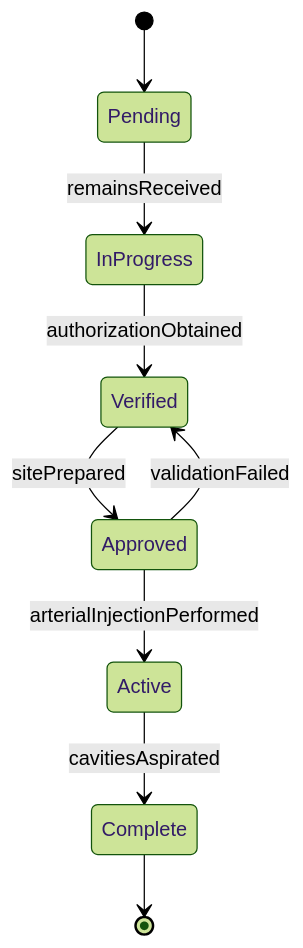
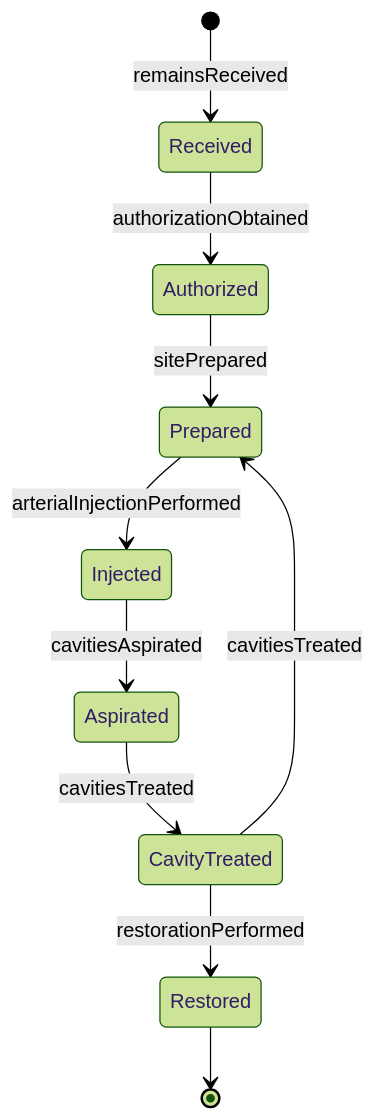
The second of 4 diagrams in HandlingAndMovingObjects/EmbalmCorpses/EmbalmCorpses.mdx (dot-org-ai/tasks.org.ai), drawn with Mermaid (forest theme) before and after one commit. The commit also changed other lines of this file and 515 other files, not shown here.

````diff
--- a/HandlingAndMovingObjects/EmbalmCorpses/EmbalmCorpses.mdx
+++ b/HandlingAndMovingObjects/EmbalmCorpses/EmbalmCorpses.mdx
@@ -99,11 +100,12 @@
 ```mermaid
 stateDiagram-v2
-    [*] --> Pending
-    Pending --> InProgress : remainsReceived
-    InProgress --> Verified : authorizationObtained
-    Verified --> Approved : sitePrepared
-    Approved --> Active : arterialInjectionPerformed
-    Active --> Complete : cavitiesAspirated
-    Approved --> Verified : validationFailed
-    Complete --> [*]
+    [*] --> Received : remainsReceived
+    Received --> Authorized : authorizationObtained
+    Authorized --> Prepared : sitePrepared
+    Prepared --> Injected : arterialInjectionPerformed
+    Injected --> Aspirated : cavitiesAspirated
+    Aspirated --> CavityTreated : cavitiesTreated
+    CavityTreated --> Restored : restorationPerformed
+    CavityTreated --> Prepared : cavitiesTreated
+    Restored --> [*]
 ```
````
